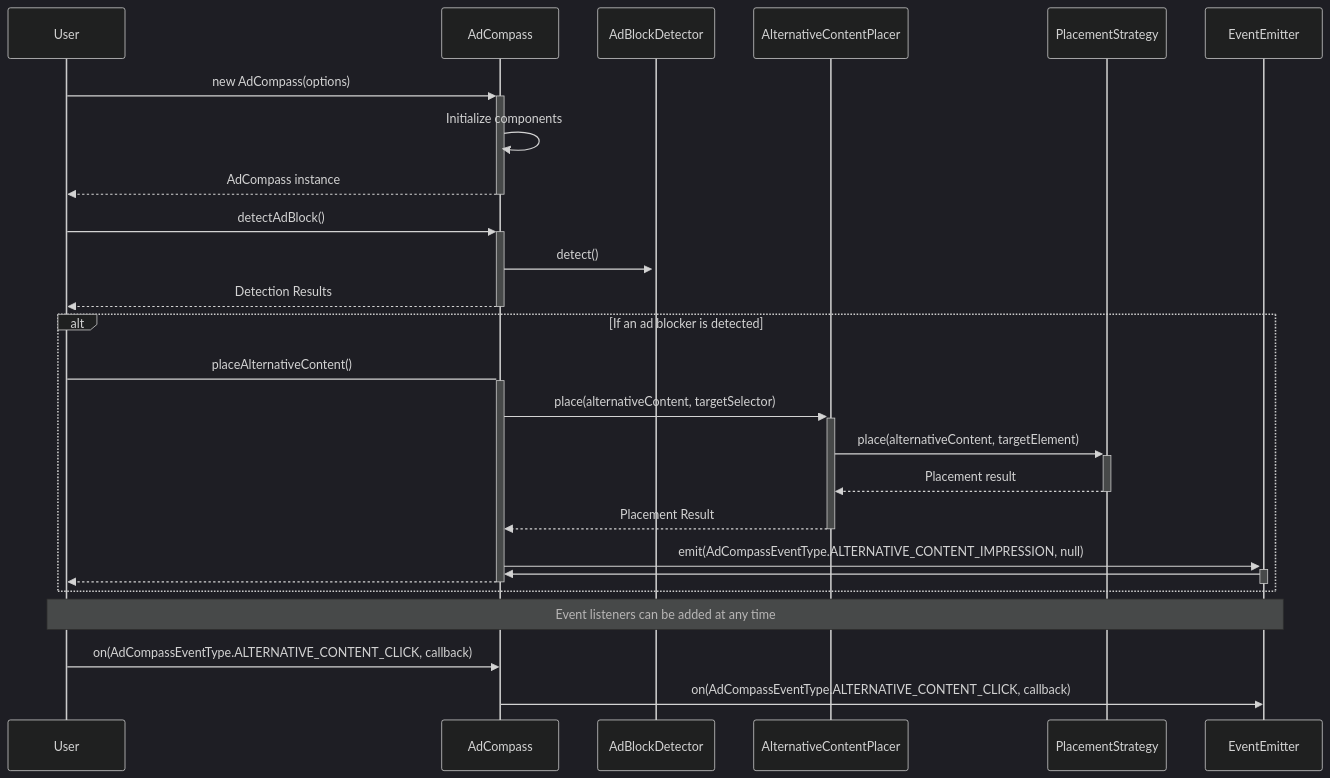
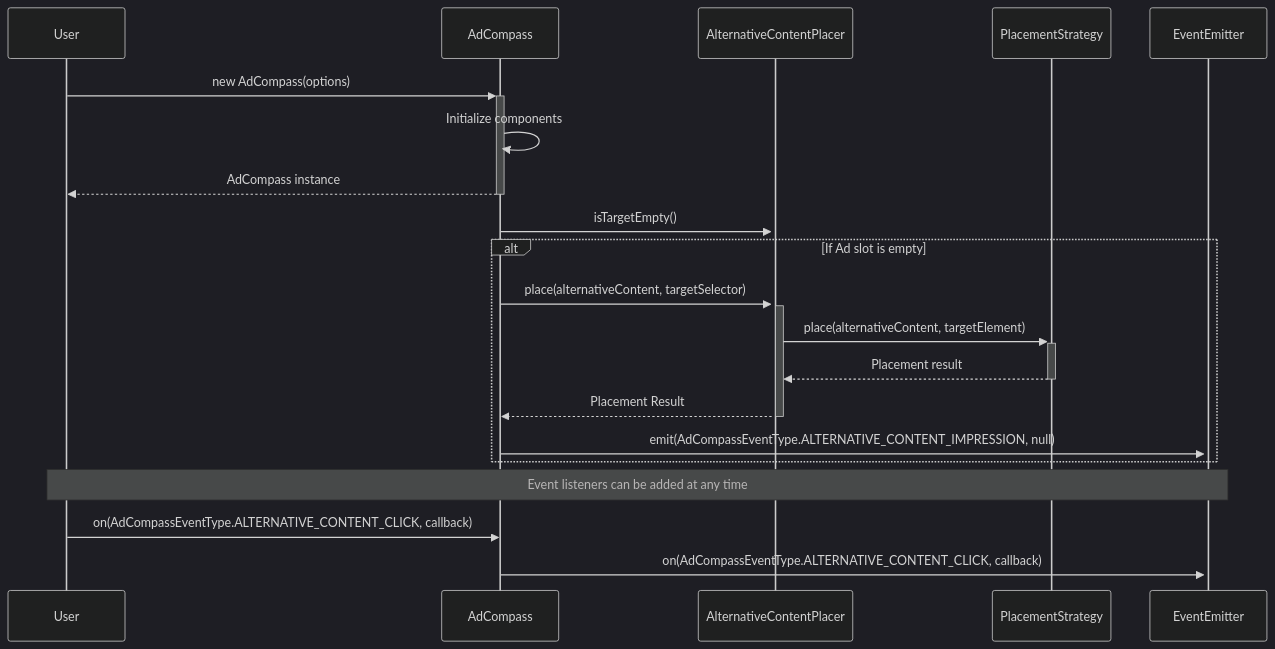
Before and after one commit to hogekai/ad-compass: the diagram in docs/architecture/sequence-diagram.md, drawn with Mermaid (dark theme).

Commit message:
Sequence diagrams to accommodate specification changes

````diff
--- a/docs/architecture/sequence-diagram.md
+++ b/docs/architecture/sequence-diagram.md
@@ -1,33 +1,27 @@
 ```mermaid
 sequenceDiagram
     participant User as User
     participant AC as AdCompass
-    participant ABD as AdBlockDetector
     participant ACP as AlternativeContentPlacer
     participant PS as PlacementStrategy
     participant EE as EventEmitter
 
     User->>+AC: new AdCompass(options)
     AC->>AC: Initialize components
     AC-->>-User: AdCompass instance
 
-    User->>+AC: detectAdBlock()
-    AC->>+ABD: detect()
-    AC-->>-User: Detection Results
+    AC->>+ACP: isTargetEmpty()
 
-    alt If an ad blocker is detected
-        User->+AC: placeAlternativeContent()
+    alt If Ad slot is empty
         AC->>+ACP: place(alternativeContent, targetSelector)
         ACP->>+PS: place(alternativeContent, targetElement)
         PS-->>-ACP: Placement result
         ACP-->>-AC: Placement Result
         AC->>+EE: emit(AdCompassEventType.ALTERNATIVE_CONTENT_IMPRESSION, null)
-        EE->>-AC: 
-        AC-->>-User: 
     end
 
     Note over User,EE: Event listeners can be added at any time
 
     User->>AC: on(AdCompassEventType.ALTERNATIVE_CONTENT_CLICK, callback)
     AC->>EE: on(AdCompassEventType.ALTERNATIVE_CONTENT_CLICK, callback)
 ```
````
